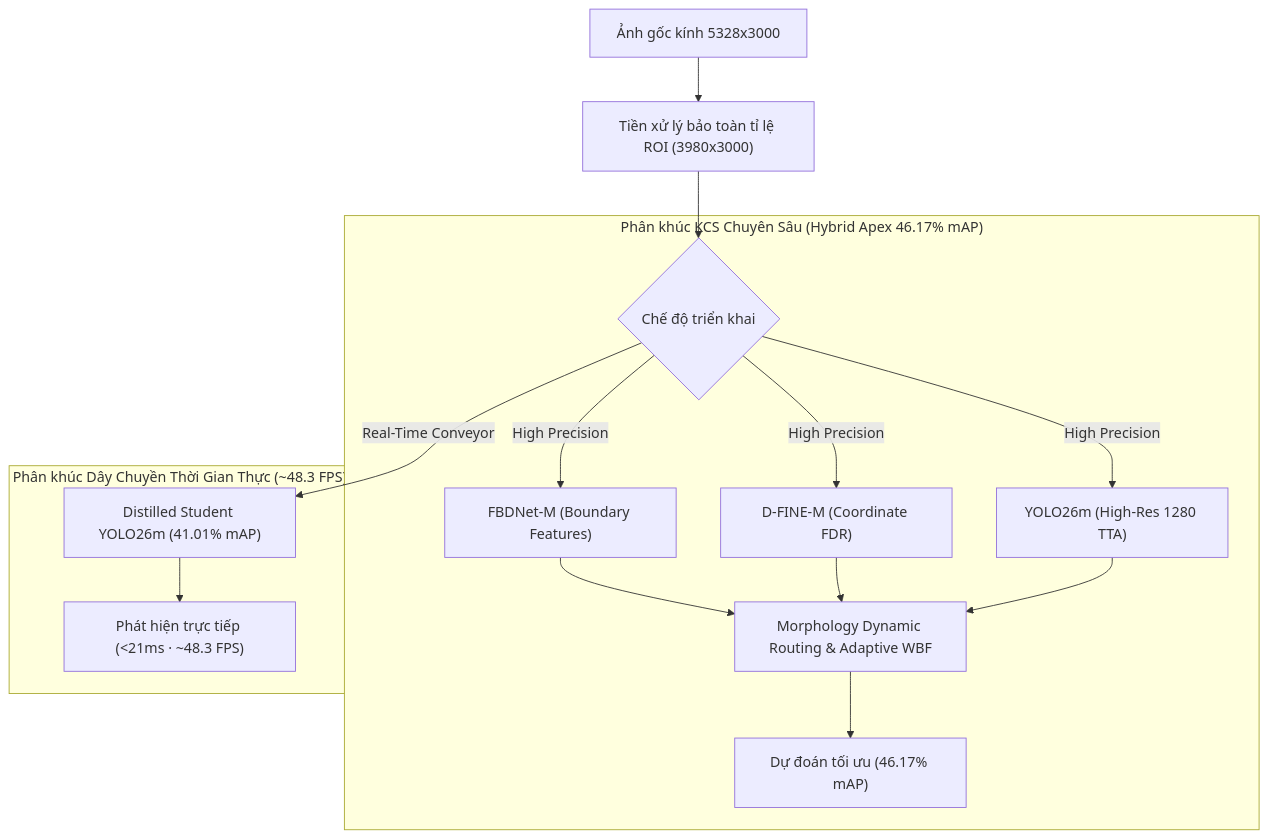
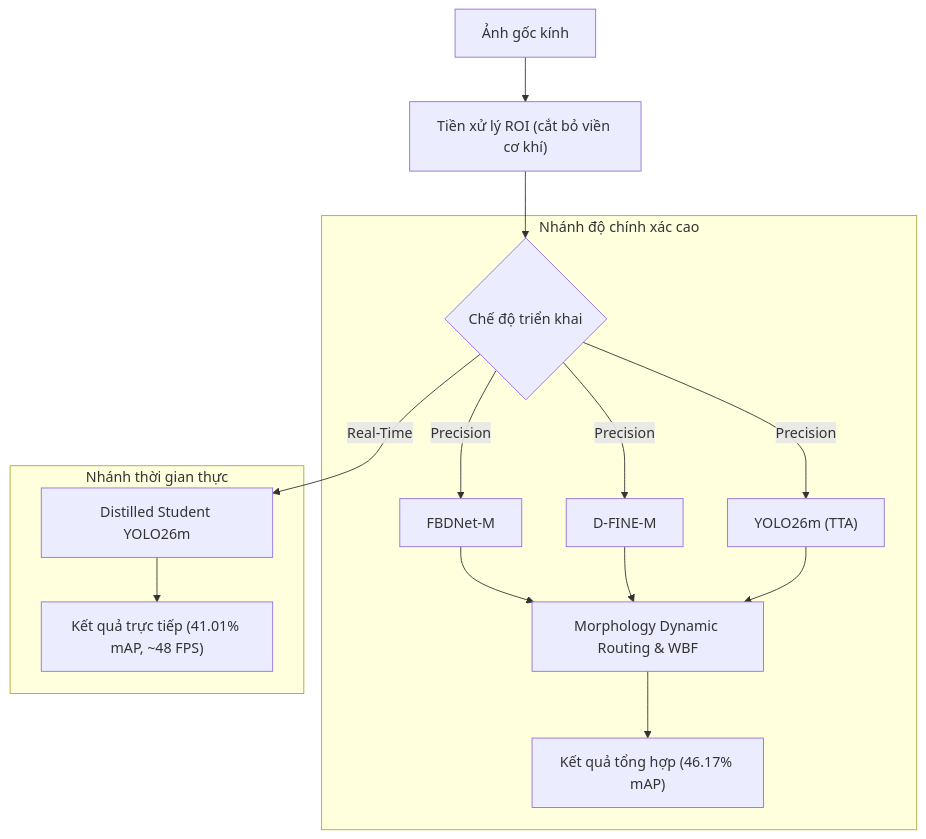
The diagram in README.md (nvtanphat/glass-defect-inspector), drawn with Mermaid before and after one commit. The commit also changed other lines of this file, not shown here.

````diff
--- a/README.md
+++ b/README.md
@@ -120,18 +87,18 @@
 ```mermaid
 flowchart TD
-    Raw["Ảnh gốc kính 5328x3000"] --> ROI["Tiền xử lý bảo toàn tỉ lệ ROI (3980x3000)"]
+    Raw["Ảnh gốc kính"] --> ROI["Tiền xử lý ROI (cắt bỏ viền cơ khí)"]
     ROI --> Split{"Chế độ triển khai"}
     
-    subgraph SOTA_Path ["Phân khúc KCS Chuyên Sâu (Hybrid Apex 46.17% mAP)"]
-        Split -->|High Precision| FBD["FBDNet-M (Boundary Features)"]
-        Split -->|High Precision| DF["D-FINE-M (Coordinate FDR)"]
-        Split -->|High Precision| Y26["YOLO26m (High-Res 1280 TTA)"]
-        FBD & DF & Y26 --> DynWBF["Morphology Dynamic Routing & Adaptive WBF"]
-        DynWBF --> ApexOut["Dự đoán tối ưu (46.17% mAP)"]
+    subgraph SOTA_Path ["Nhánh độ chính xác cao"]
+        Split -->|Precision| FBD["FBDNet-M"]
+        Split -->|Precision| DF["D-FINE-M"]
+        Split -->|Precision| Y26["YOLO26m (TTA)"]
+        FBD & DF & Y26 --> DynWBF["Morphology Dynamic Routing & WBF"]
+        DynWBF --> ApexOut["Kết quả tổng hợp (46.17% mAP)"]
     end
     
-    subgraph RealTime_Path ["Phân khúc Dây Chuyền Thời Gian Thực (~48.3 FPS)"]
-        Split -->|Real-Time Conveyor| Distill["Distilled Student YOLO26m (41.01% mAP)"]
-        Distill --> FastOut["Phát hiện trực tiếp (<21ms · ~48.3 FPS)"]
+    subgraph RealTime_Path ["Nhánh thời gian thực"]
+        Split -->|Real-Time| Distill["Distilled Student YOLO26m"]
+        Distill --> FastOut["Kết quả trực tiếp (41.01% mAP, ~48 FPS)"]
     end
 ```
````
